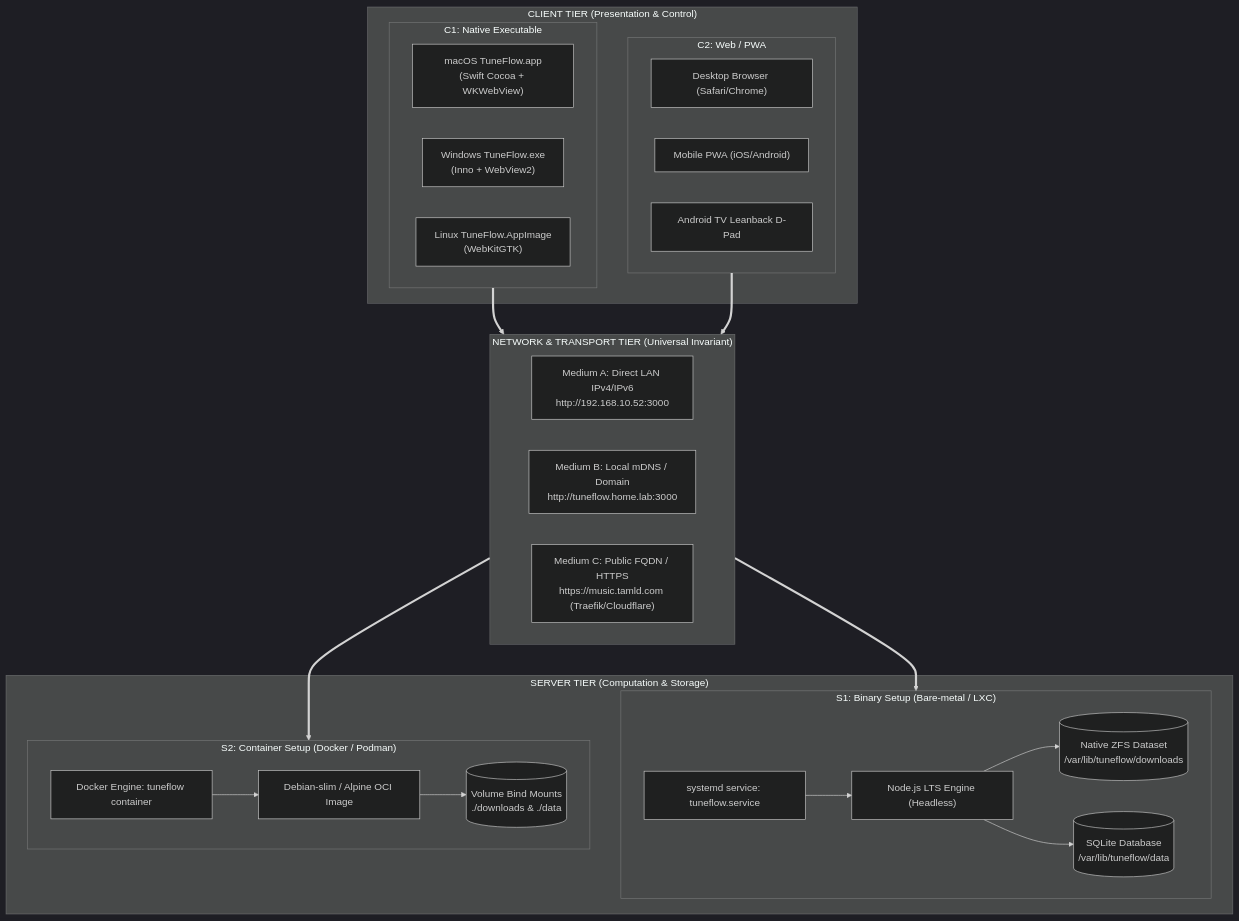
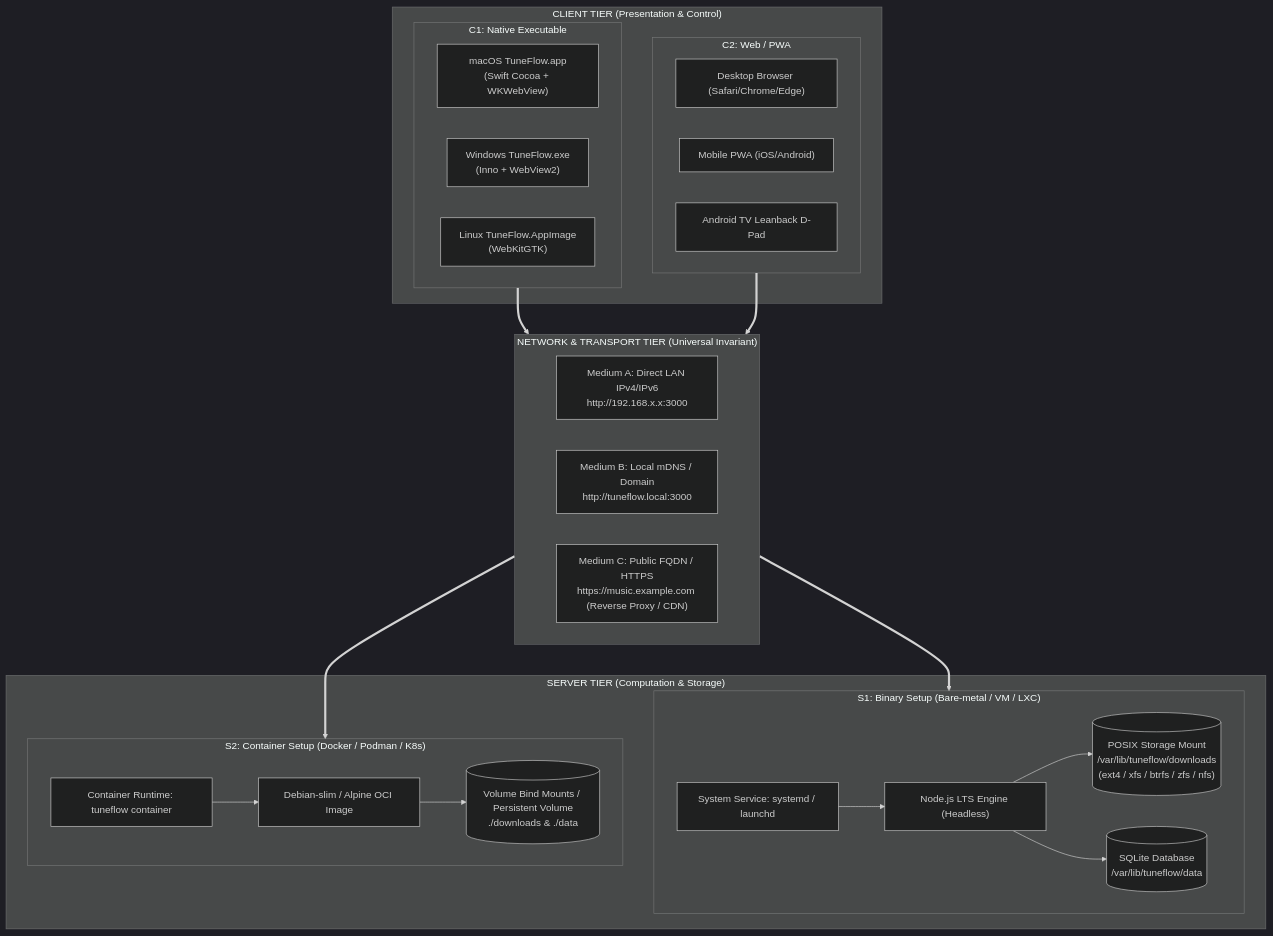
Before and after one commit to tamld/tuneflow: the first of 2 diagrams in docs/spec/SPEC-0013-tri-mode-deployment-and-remote-client-architecture.md, drawn with Mermaid (dark theme). The commit also changed other lines of this file and 2 other files, not shown here.

Commit message:
docs(spec,adr): generalize Mode 2 to storage-agnostic and platform-neutral headless server architecture

````diff
--- a/docs/spec/SPEC-0013-tri-mode-deployment-and-remote-client-architecture.md
+++ b/docs/spec/SPEC-0013-tri-mode-deployment-and-remote-client-architecture.md
@@ -47,43 +47,43 @@
 ```mermaid
 flowchart TB
     subgraph ClientTier["CLIENT TIER (Presentation & Control)"]
         subgraph ExecutableClient["C1: Native Executable"]
             MacApp["macOS TuneFlow.app<br>(Swift Cocoa + WKWebView)"]
             WinApp["Windows TuneFlow.exe<br>(Inno + WebView2)"]
             LinuxApp["Linux TuneFlow.AppImage<br>(WebKitGTK)"]
         end
         subgraph WebClient["C2: Web / PWA"]
-            BrowserDesktop["Desktop Browser (Safari/Chrome)"]
+            BrowserDesktop["Desktop Browser (Safari/Chrome/Edge)"]
             BrowserMobile["Mobile PWA (iOS/Android)"]
             LeanbackTV["Android TV Leanback D-Pad"]
         end
     end
 
     subgraph NetworkTier["NETWORK & TRANSPORT TIER (Universal Invariant)"]
-        NetDirect["Medium A: Direct LAN IPv4/IPv6<br>http://192.168.10.52:3000"]
-        NetMDNS["Medium B: Local mDNS / Domain<br>http://tuneflow.home.lab:3000"]
-        NetFQDN["Medium C: Public FQDN / HTTPS<br>https://music.tamld.com (Traefik/Cloudflare)"]
+        NetDirect["Medium A: Direct LAN IPv4/IPv6<br>http://192.168.x.x:3000"]
+        NetMDNS["Medium B: Local mDNS / Domain<br>http://tuneflow.local:3000"]
+        NetFQDN["Medium C: Public FQDN / HTTPS<br>https://music.example.com (Reverse Proxy / CDN)"]
     end
 
     subgraph ServerTier["SERVER TIER (Computation & Storage)"]
-        subgraph ServerBinary["S1: Binary Setup (Bare-metal / LXC)"]
-            SysdService["systemd service: tuneflow.service"]
+        subgraph ServerBinary["S1: Binary Setup (Bare-metal / VM / LXC)"]
+            SysdService["System Service: systemd / launchd"]
             NodeEngine["Node.js LTS Engine (Headless)"]
-            NativeStorage[("Native ZFS Dataset<br>/var/lib/tuneflow/downloads")]
+            NativeStorage[("POSIX Storage Mount<br>/var/lib/tuneflow/downloads<br>(ext4 / xfs / btrfs / zfs / nfs)")]
             NativeDB[("SQLite Database<br>/var/lib/tuneflow/data")]
             SysdService --> NodeEngine --> NativeStorage
             NodeEngine --> NativeDB
         end
-        subgraph ServerContainer["S2: Container Setup (Docker / Podman)"]
-            ComposeService["Docker Engine: tuneflow container"]
+        subgraph ServerContainer["S2: Container Setup (Docker / Podman / K8s)"]
+            ComposeService["Container Runtime: tuneflow container"]
             ContainerEngine["Debian-slim / Alpine OCI Image"]
-            MountedStorage[("Volume Bind Mounts<br>./downloads & ./data")]
+            MountedStorage[("Volume Bind Mounts / Persistent Volume<br>./downloads & ./data")]
             ComposeService --> ContainerEngine --> MountedStorage
         end
     end
 
     ExecutableClient ==> NetworkTier
     WebClient ==> NetworkTier
     NetworkTier ==> ServerBinary
     NetworkTier ==> ServerContainer
 ```
````
